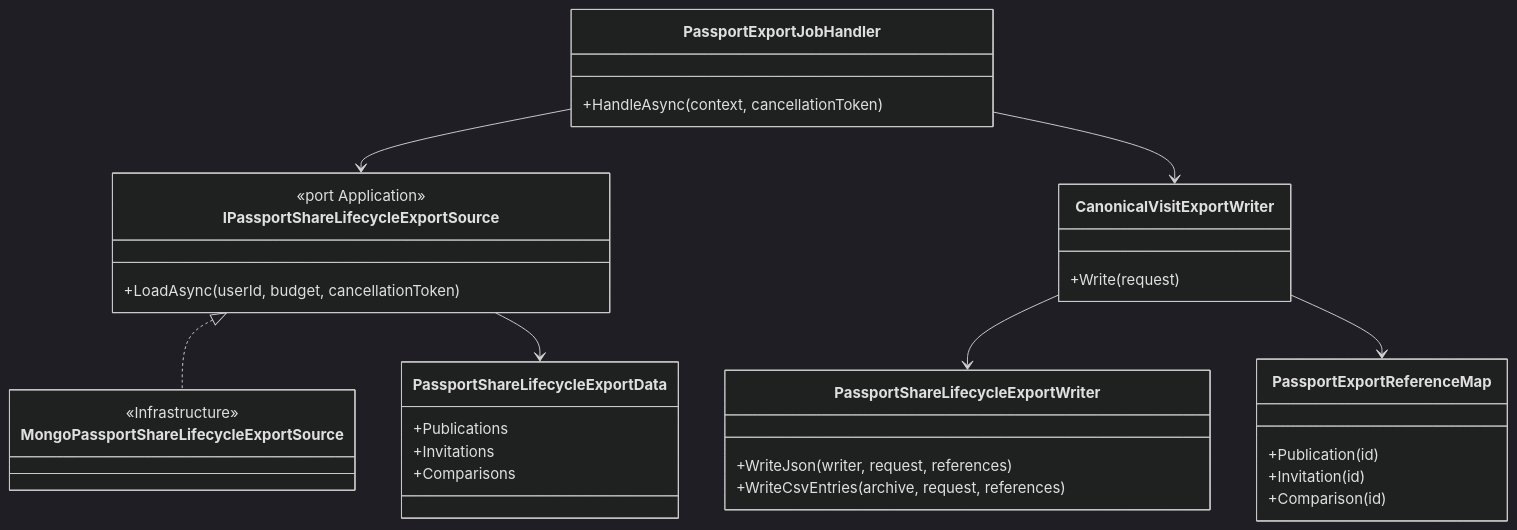
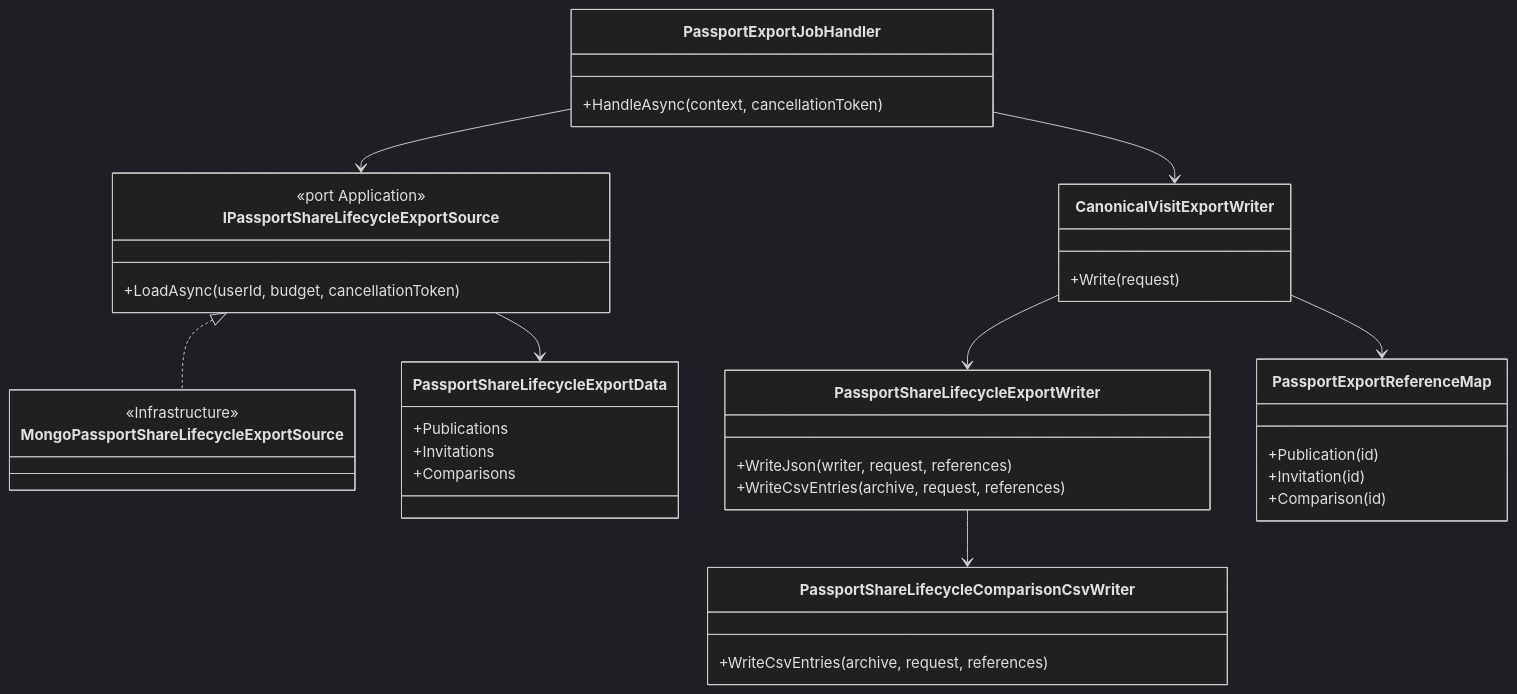
One commit to Ced59/AmusementParkProject changed the first of 3 diagrams in docs/architecture/product-growth-share-14a-passport-share-export-2026-09-13.md. Above: the diagram before and after it, drawn with Mermaid (dark theme). The commit also changed 2 other files, not shown here.

Commit message:
refactor: respecter le budget de taille de l'export

````diff
--- a/docs/architecture/product-growth-share-14a-passport-share-export-2026-09-13.md
+++ b/docs/architecture/product-growth-share-14a-passport-share-export-2026-09-13.md
@@ -18,37 +18,41 @@
 ```mermaid
 classDiagram
     class PassportExportJobHandler {
       +HandleAsync(context, cancellationToken)
     }
     class IPassportShareLifecycleExportSource {
       <<port Application>>
       +LoadAsync(userId, budget, cancellationToken)
     }
     class MongoPassportShareLifecycleExportSource {
       <<Infrastructure>>
     }
     class PassportShareLifecycleExportData {
       +Publications
       +Invitations
       +Comparisons
     }
     class CanonicalVisitExportWriter {
       +Write(request)
     }
     class PassportShareLifecycleExportWriter {
       +WriteJson(writer, request, references)
       +WriteCsvEntries(archive, request, references)
     }
+    class PassportShareLifecycleComparisonCsvWriter {
+      +WriteCsvEntries(archive, request, references)
+    }
     class PassportExportReferenceMap {
       +Publication(id)
       +Invitation(id)
       +Comparison(id)
     }
 
     PassportExportJobHandler --> IPassportShareLifecycleExportSource
     IPassportShareLifecycleExportSource <|.. MongoPassportShareLifecycleExportSource
     IPassportShareLifecycleExportSource --> PassportShareLifecycleExportData
     PassportExportJobHandler --> CanonicalVisitExportWriter
     CanonicalVisitExportWriter --> PassportShareLifecycleExportWriter
+    PassportShareLifecycleExportWriter --> PassportShareLifecycleComparisonCsvWriter
     CanonicalVisitExportWriter --> PassportExportReferenceMap
 ```
````
